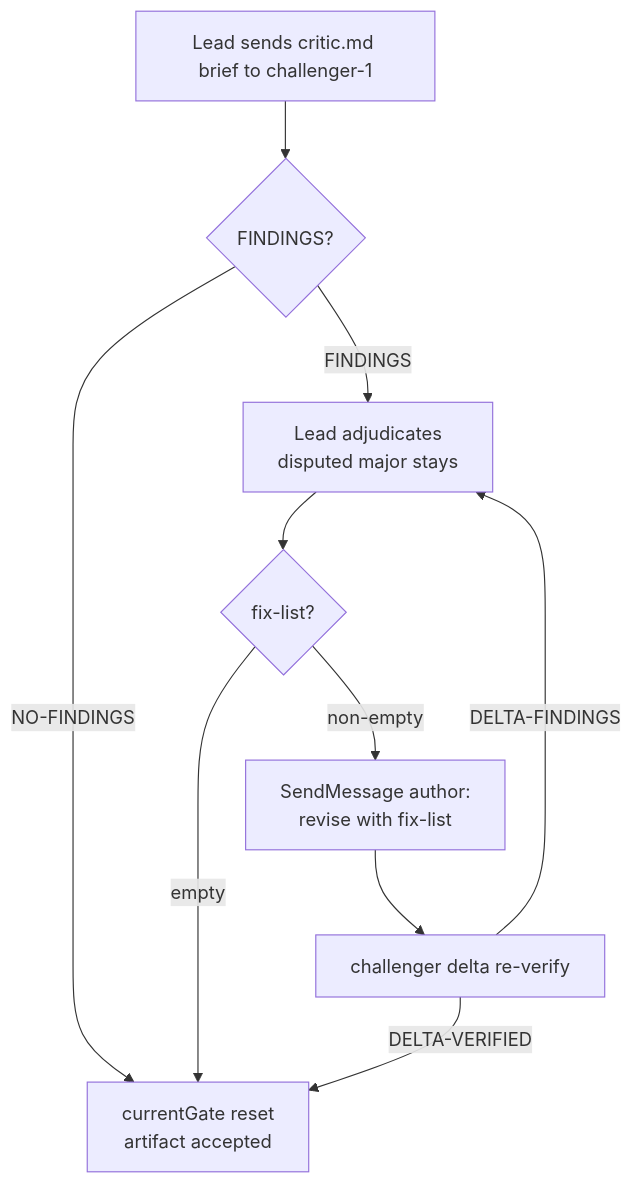
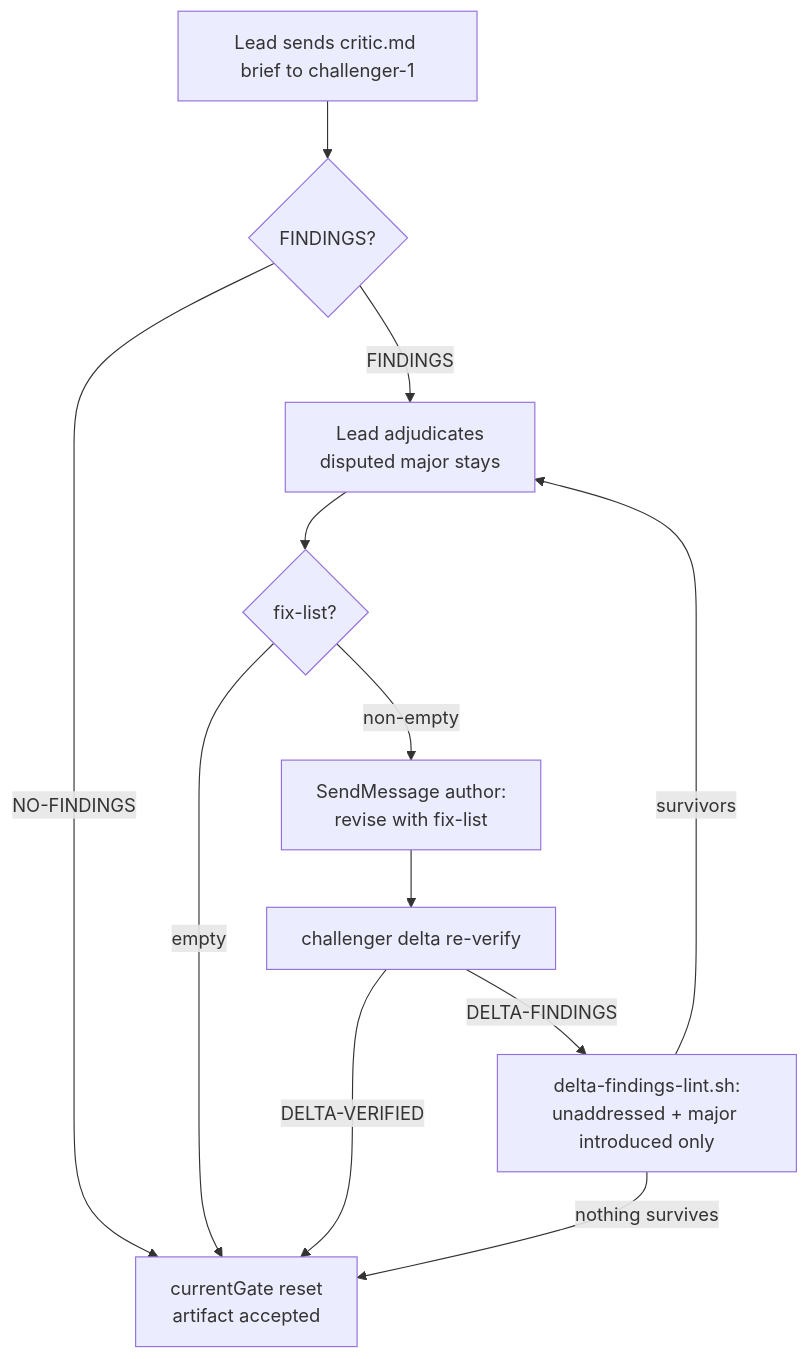
The third of 5 diagrams in docs/loop-spec/architecture.md (aztechead/loop-spec), drawn with Mermaid before and after one commit. The commit also changed 13 other files, not shown here.

First line of the commit message:
feat: NO_JIRA one exhaustive critique pass, one delta round, delta scope by probe

````diff
--- a/docs/loop-spec/architecture.md
+++ b/docs/loop-spec/architecture.md
@@ -73,12 +73,14 @@
 ```mermaid
 flowchart TD
     spawn[Lead sends critic.md brief to challenger-1] --> findings{FINDINGS?}
     findings -->|"NO-FINDINGS"| pass[currentGate reset<br/>artifact accepted]
     findings -->|"FINDINGS"| adj[Lead adjudicates<br/>disputed major stays]
     adj --> fix{fix-list?}
     fix -->|"empty"| pass
     fix -->|"non-empty"| author[SendMessage author:<br/>revise with fix-list]
     author --> delta[challenger delta re-verify]
     delta -->|"DELTA-VERIFIED"| pass
-    delta -->|"DELTA-FINDINGS"| adj
+    delta -->|"DELTA-FINDINGS"| lint[delta-findings-lint.sh:<br/>unaddressed + major introduced only]
+    lint -->|"nothing survives"| pass
+    lint -->|"survivors"| adj
 ```
````
